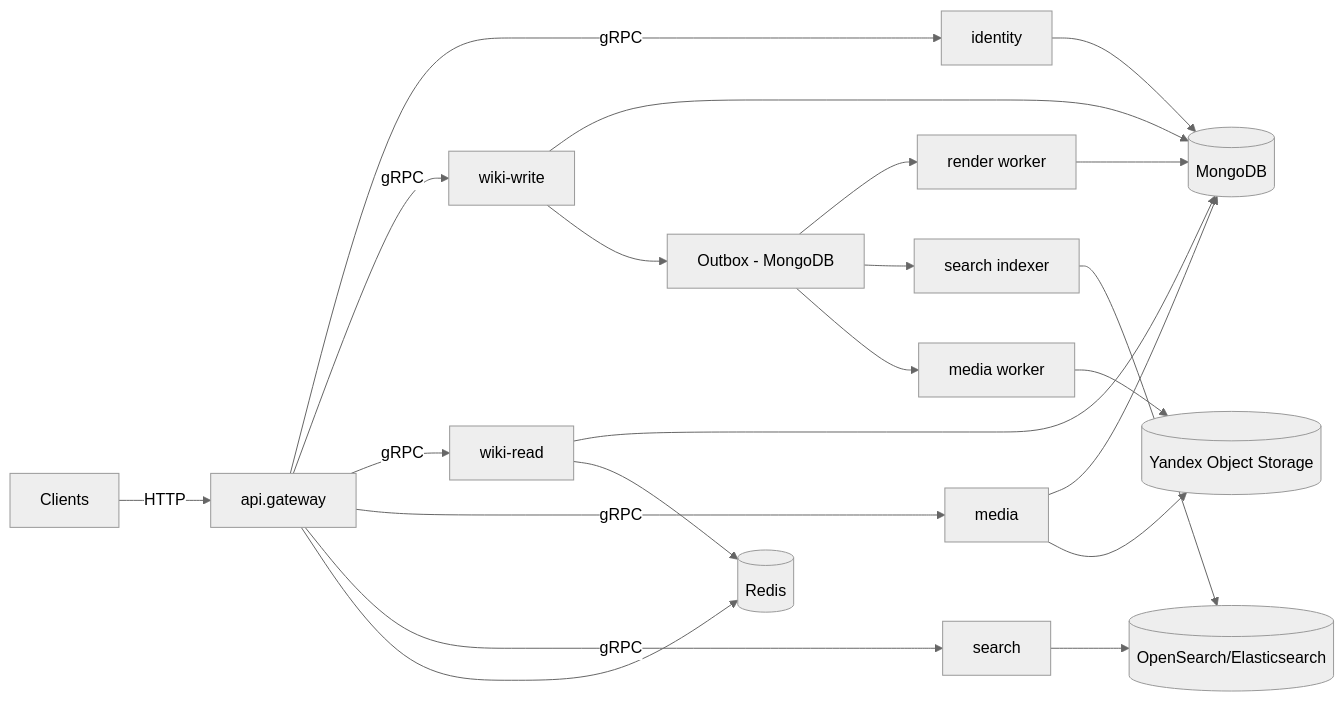
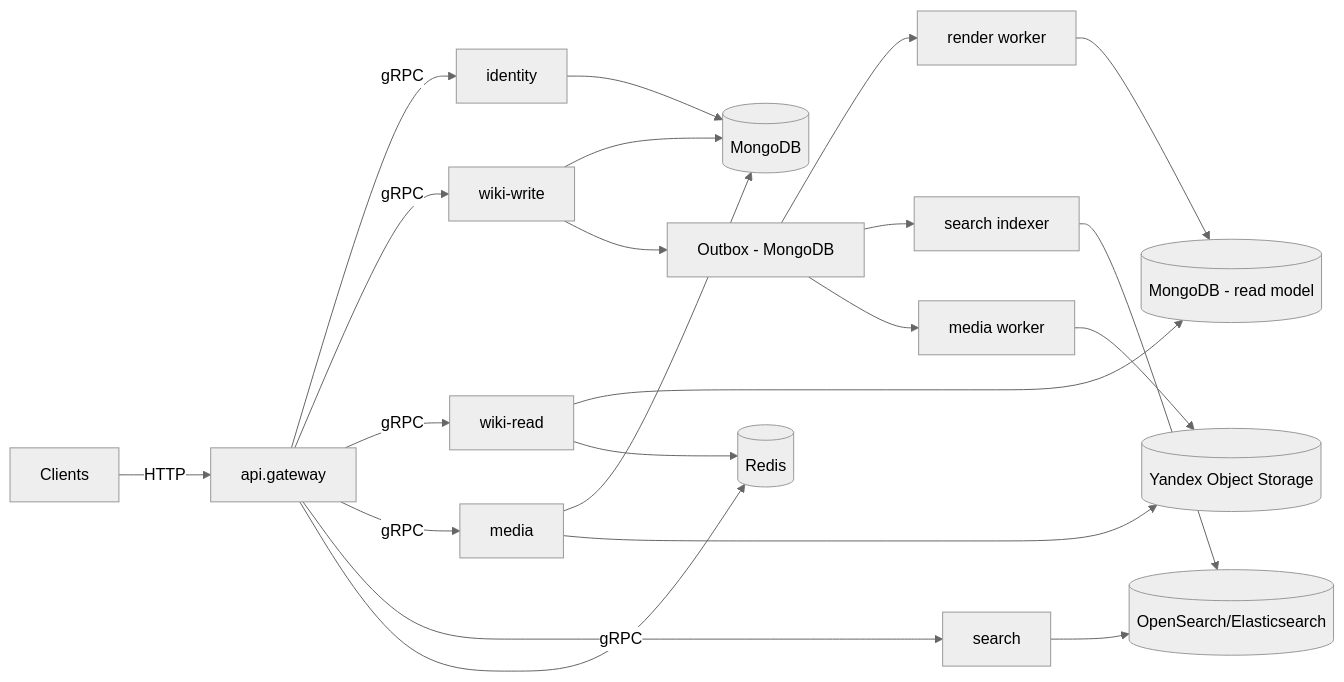
Before and after one commit to invenlore/proto: the diagram in docs/architecture/diagrams/context.mmd, drawn with Mermaid (neutral theme).

Commit message:
docs(architecture): fix context Mermaid diagram for wiki model

```diff
--- a/docs/architecture/diagrams/context.mmd
+++ b/docs/architecture/diagrams/context.mmd
@@ -1,29 +1,37 @@
 flowchart LR
   Client[Clients] -->|HTTP| GW[api.gateway]
   GW -->|gRPC| ID[identity]
   GW -->|gRPC| WR[wiki-write]
   GW -->|gRPC| RD[wiki-read]
   GW -->|gRPC| MED[media]
   GW -->|gRPC| SRCH[search]
 
+  %% Canonical storage (MVP: same Mongo node)
   WR --> MONGO[(MongoDB)]
-  RD --> MONGO
   ID --> MONGO
   MED --> MONGO
 
+  %% Read model (logical separation; physically same Mongo in MVP)
+  RD --> RM
+  RM[(MongoDB - read model)]
+
+  %% Cache
   RD --> REDIS[(Redis)]
   GW --> REDIS
 
+  %% External stores
   MED --> S3[(Yandex Object Storage)]
   SRCH --> OS[(OpenSearch/Elasticsearch)]
 
+  %% No-broker async pipeline via outbox (stored in Mongo)
   WR --> OUT
   OUT[Outbox - MongoDB]
 
   OUT --> RENDER[render worker]
   OUT --> SRCHIDX[search indexer]
   OUT --> MEDW[media worker]
 
-  RENDER --> MONGO
+  %% Consumers write results into read model / indexes / object storage
+  RENDER --> RM
   SRCHIDX --> OS
   MEDW --> S3
```
